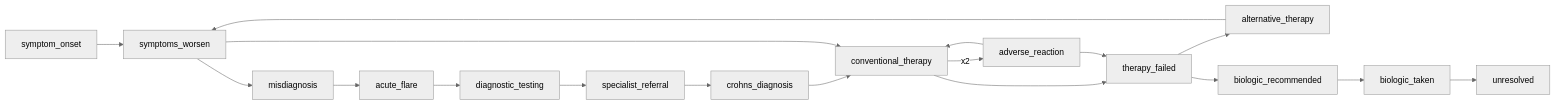
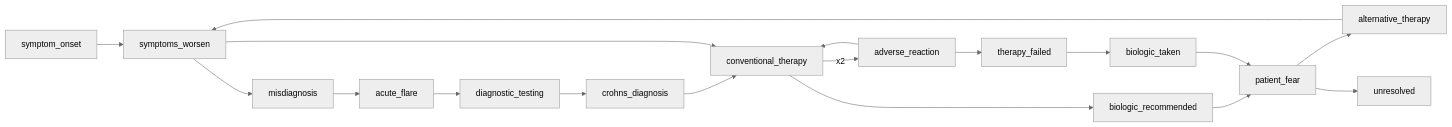
One commit to carecodeconnect/crohnicity changed diagram 25 of 50 in docs/referral_pathways.md. Above: the diagram before and after it, drawn with Mermaid. The commit also changed other lines of this file and 107 other files, not shown here.

````diff
--- a/docs/referral_pathways.md
+++ b/docs/referral_pathways.md
@@ -930,35 +944,35 @@
 ``` mermaid
 %%{init: {'theme':'neutral'}}%%
 flowchart LR
     n0["symptom_onset"]
     n1["symptoms_worsen"]
     n2["misdiagnosis"]
     n3["acute_flare"]
     n4["diagnostic_testing"]
-    n5["specialist_referral"]
-    n6["crohns_diagnosis"]
-    n7["conventional_therapy"]
-    n8["adverse_reaction"]
-    n9["therapy_failed"]
+    n5["crohns_diagnosis"]
+    n6["conventional_therapy"]
+    n7["adverse_reaction"]
+    n8["biologic_recommended"]
+    n9["patient_fear"]
     n10["alternative_therapy"]
-    n11["biologic_recommended"]
+    n11["therapy_failed"]
     n12["biologic_taken"]
     n13["unresolved"]
     n0 -->n1
     n1 -->n2
     n2 -->n3
     n3 -->n4
     n4 -->n5
     n5 -->n6
-    n6 -->n7
-    n7 -->|x2| n8
-    n8 -->n7
-    n7 -->n9
+    n6 -->|x2| n7
+    n7 -->n6
+    n6 -->n8
+    n8 -->n9
     n9 -->n10
     n10 -->n1
-    n1 -->n7
-    n8 -->n9
-    n9 -->n11
+    n1 -->n6
+    n7 -->n11
     n11 -->n12
-    n12 -->n13
+    n12 -->n9
+    n9 -->n13
 ```
````
